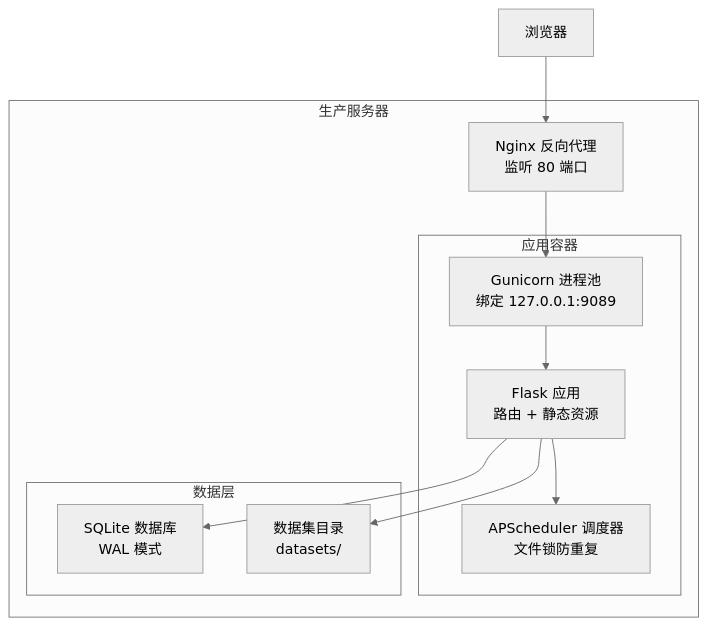
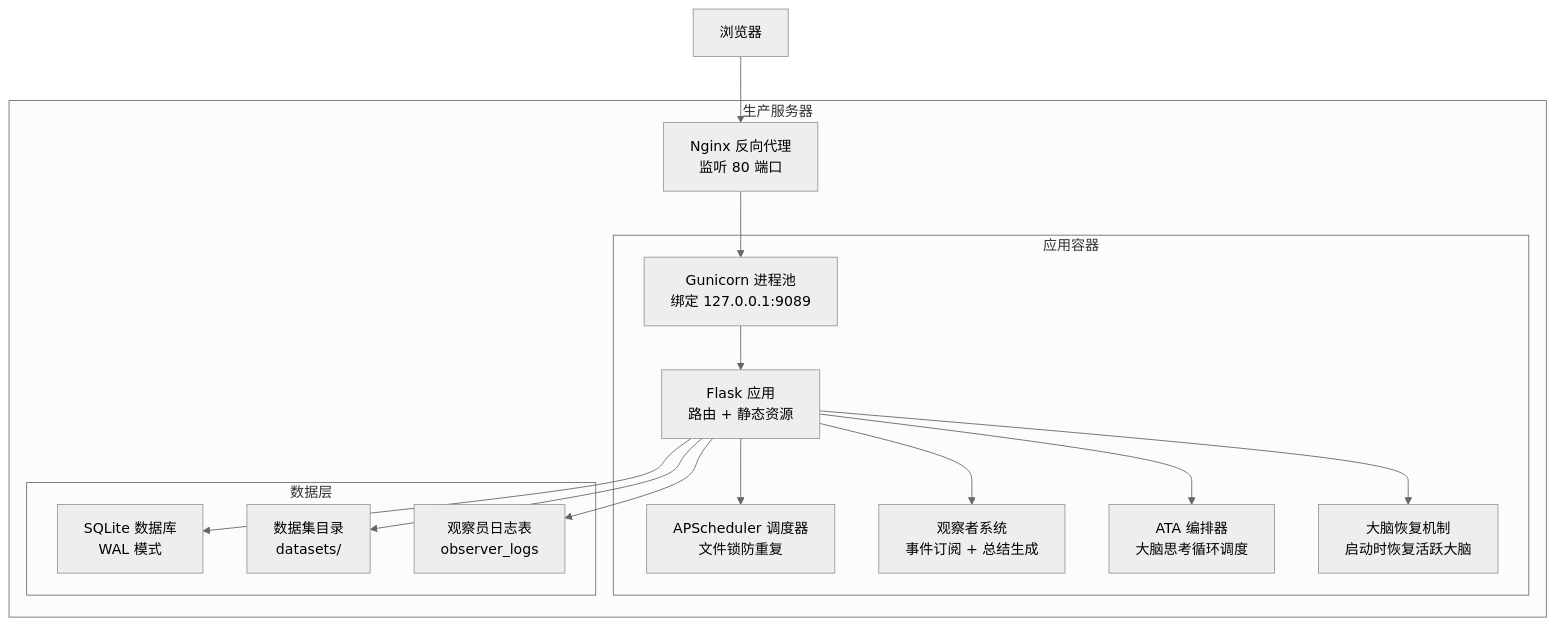
The first of 8 diagrams in .qoder/repowiki/zh/content/系统架构/部署架构.md (GDY-ai/ainstein), drawn with Mermaid (neutral theme) before and after one commit. The commit also changed other lines of this file and 47 other files, not shown here.

````diff
--- a/.qoder/repowiki/zh/content/系统架构/部署架构.md
+++ b/.qoder/repowiki/zh/content/系统架构/部署架构.md
@@ -38,21 +42,29 @@
 ```mermaid
 graph TB
 subgraph "生产服务器"
 Nginx["Nginx 反向代理<br/>监听 80 端口"]
 subgraph "应用容器"
 Gunicorn["Gunicorn 进程池<br/>绑定 127.0.0.1:9089"]
 FlaskApp["Flask 应用<br/>路由 + 静态资源"]
 Scheduler["APScheduler 调度器<br/>文件锁防重复"]
+Observer["观察者系统<br/>事件订阅 + 总结生成"]
+ATA["ATA 编排器<br/>大脑思考循环调度"]
+BrainRecovery["大脑恢复机制<br/>启动时恢复活跃大脑"]
 end
 subgraph "数据层"
 SQLite["SQLite 数据库<br/>WAL 模式"]
 Datasets["数据集目录<br/>datasets/"]
+ObserverLogs["观察员日志表<br/>observer_logs"]
 end
 end
 Browser["浏览器"] --> Nginx
 Nginx --> Gunicorn
 Gunicorn --> FlaskApp
 FlaskApp --> Scheduler
+FlaskApp --> Observer
+FlaskApp --> ATA
+FlaskApp --> BrainRecovery
 FlaskApp --> SQLite
 FlaskApp --> Datasets
+FlaskApp --> ObserverLogs
 ```
````
